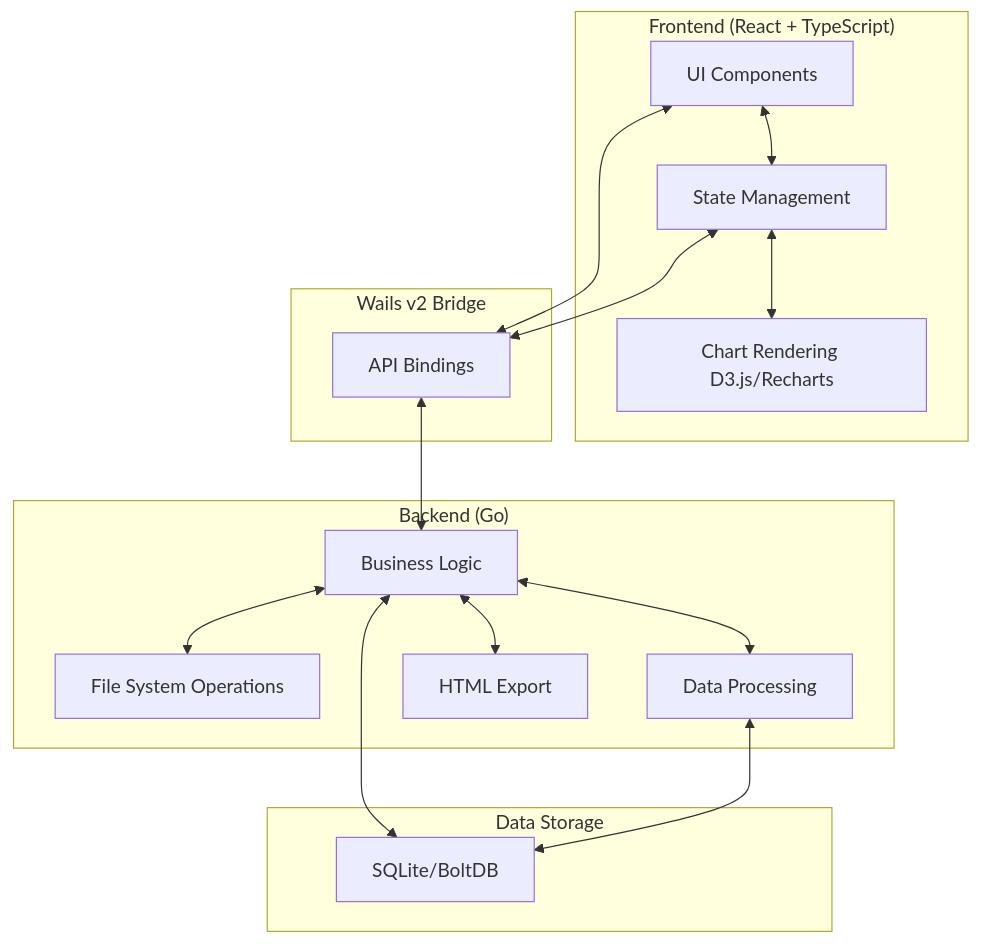
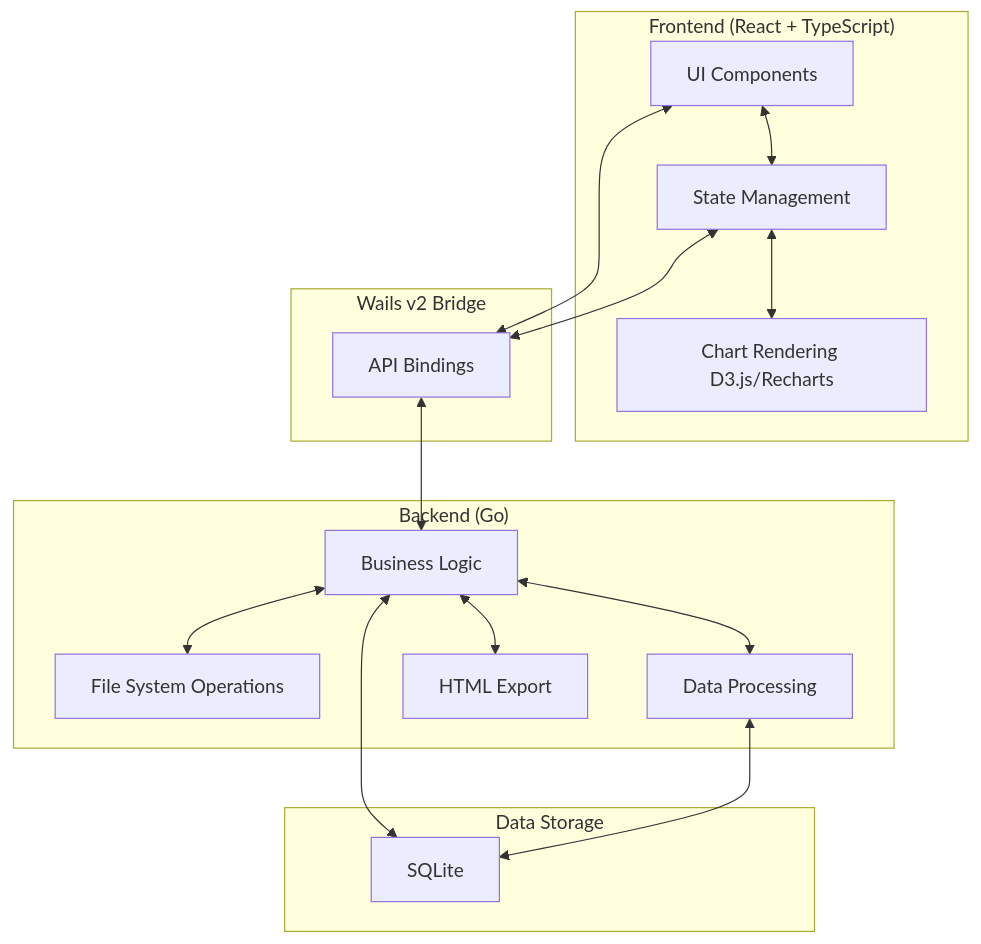
The third of 3 diagrams in README.md (ajkula/docuForge), drawn with Mermaid before and after one commit.

````diff
--- a/README.md
+++ b/README.md
@@ -65,34 +65,34 @@
 ```mermaid
 graph TD
     subgraph "Frontend (React + TypeScript)"
         A[UI Components]
         B[State Management]
         C[Chart Rendering D3.js/Recharts]
     end
 
     subgraph "Wails v2 Bridge"
         D[API Bindings]
     end
 
     subgraph "Backend (Go)"
         E[Business Logic]
         F[File System Operations]
         G[Data Processing]
         H[HTML Export]
     end
 
     subgraph "Data Storage"
-        I[SQLite/BoltDB]
+        I[SQLite]
     end
 
     A <--> B
     B <--> C
     A <--> D
     B <--> D
     D <--> E
     E <--> F
     E <--> G
     E <--> H
     E <--> I
     G <--> I
 ```
````
